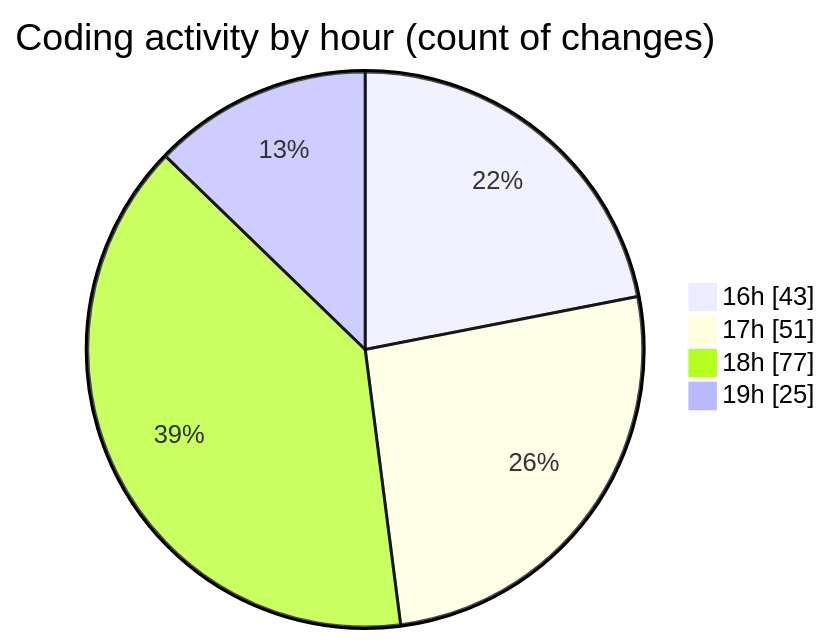
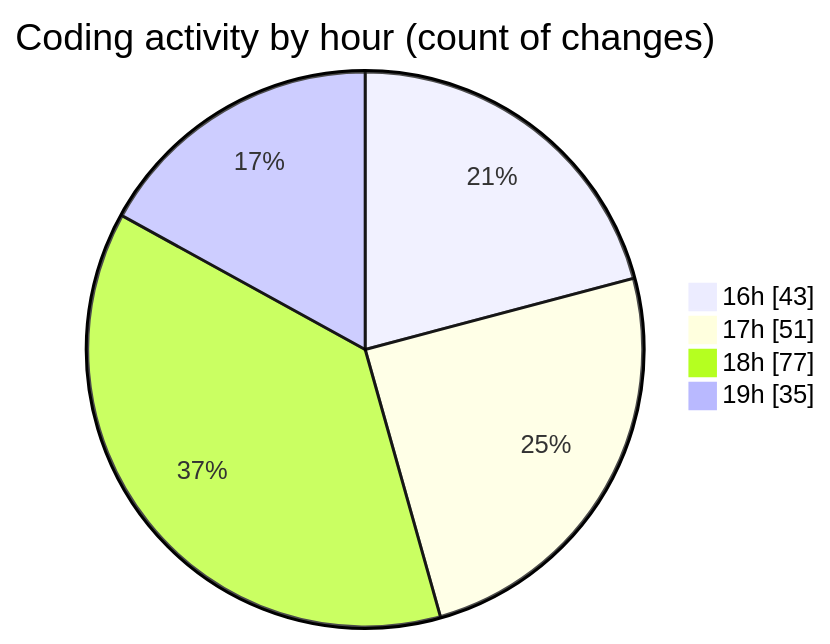
One commit to momahboobian/code-tracking changed the second of 2 diagrams in 2026-11-13/broadcaster-v6-feature/README.md. Above: the diagram before and after it, drawn with Mermaid. The commit also changed other lines of this file and 1 other file, not shown here.

````diff
--- a/2026-11-13/broadcaster-v6-feature/README.md
+++ b/2026-11-13/broadcaster-v6-feature/README.md
@@ -92,8 +94,8 @@
 ```mermaid
 pie showData
 title Coding activity by hour (count of changes)
 "16h" : 43
 "17h" : 51
 "18h" : 77
-"19h" : 25
+"19h" : 35
 ```
````
